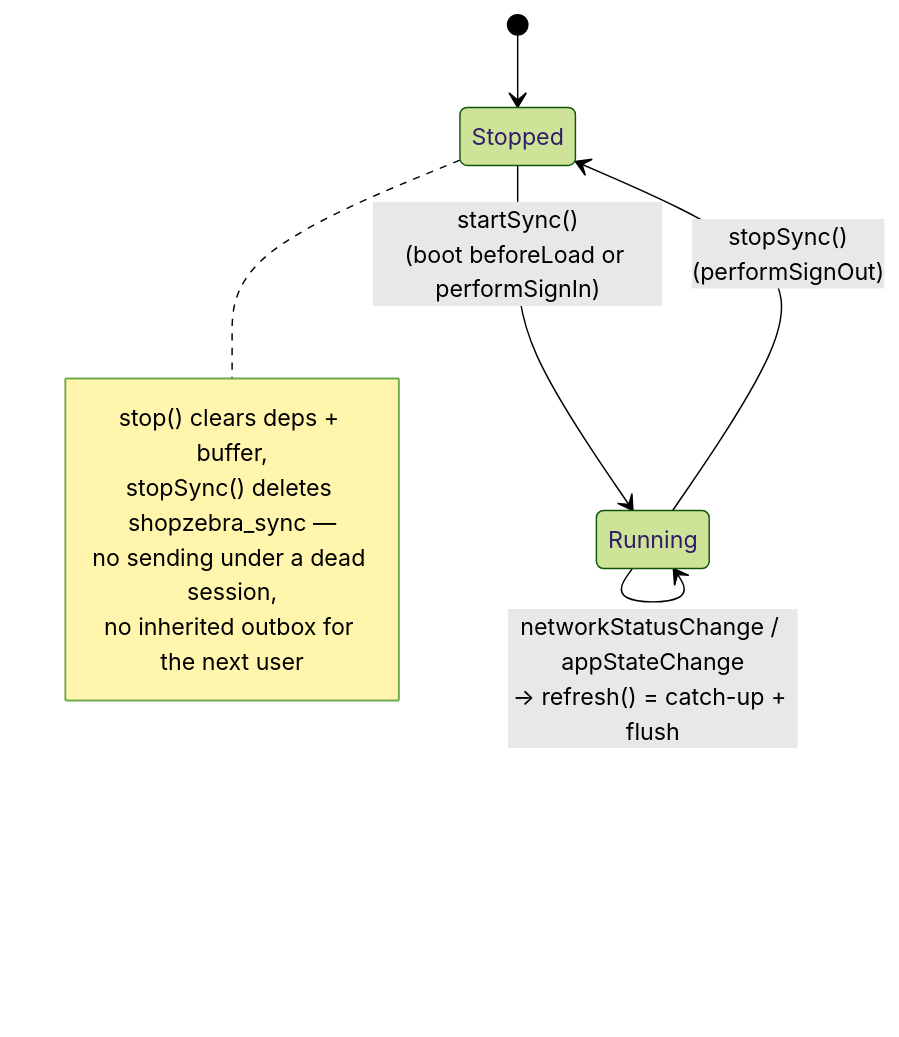
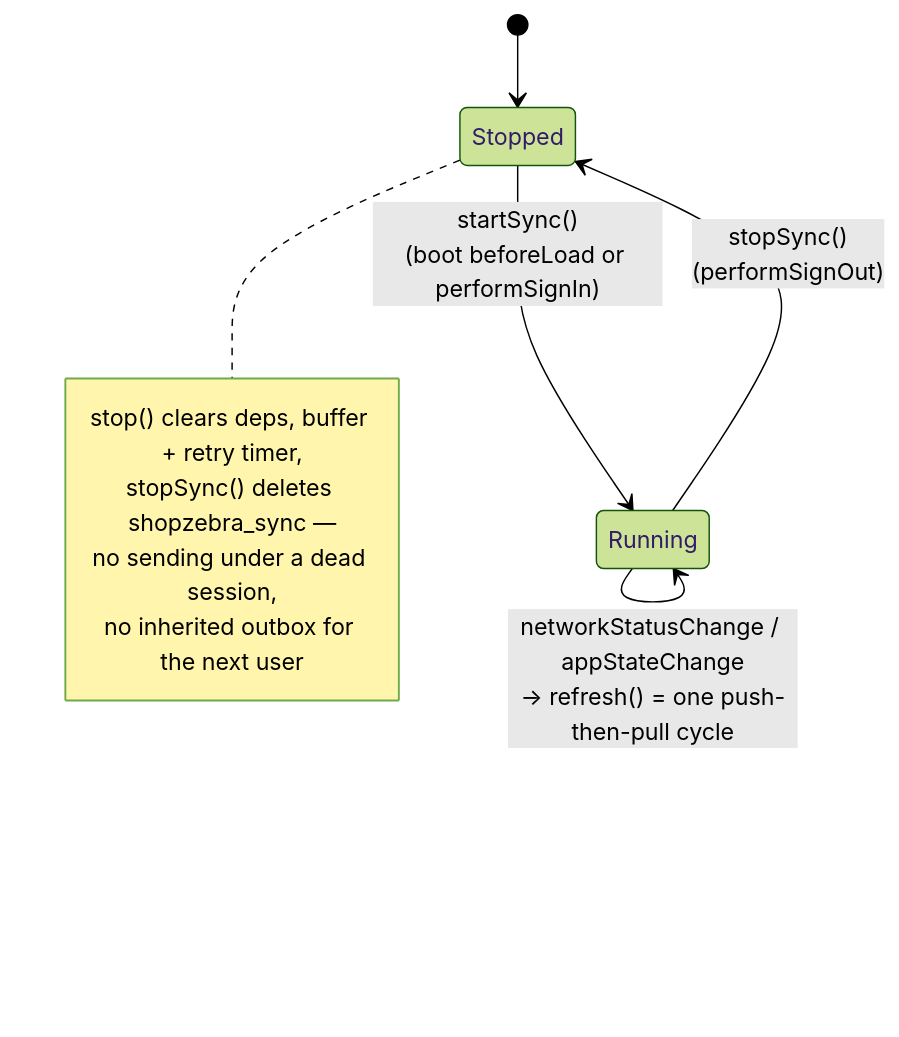
The fifth of 5 diagrams in apps/mobile/src/app/sync/README.md (chrba/shopzebra), drawn with Mermaid (forest theme) before and after one commit. The commit also changed other lines of this file and 9 other files, not shown here.

````diff
--- a/apps/mobile/src/app/sync/README.md
+++ b/apps/mobile/src/app/sync/README.md
@@ -203,13 +202,13 @@
 ```mermaid
 stateDiagram-v2
     [*] --> Stopped
     Stopped --> Running: startSync()<br/>(boot beforeLoad or performSignIn)
-    Running --> Running: networkStatusChange / appStateChange<br/>→ refresh() = catch-up + flush
+    Running --> Running: networkStatusChange / appStateChange<br/>→ refresh() = one push-then-pull cycle
     Running --> Stopped: stopSync()<br/>(performSignOut)
     note right of Stopped
-        stop() clears deps + buffer,
+        stop() clears deps, buffer + retry timer,
         stopSync() deletes shopzebra_sync —
         no sending under a dead session,
         no inherited outbox for the next user
     end note
 ```
````
